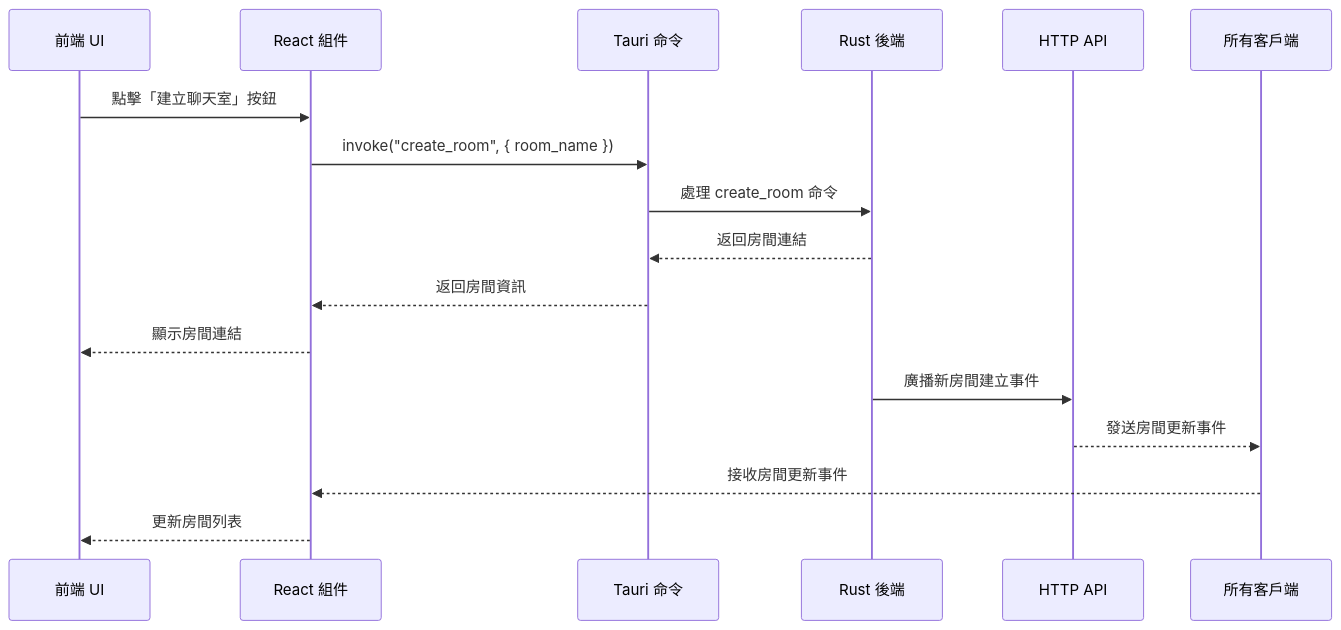
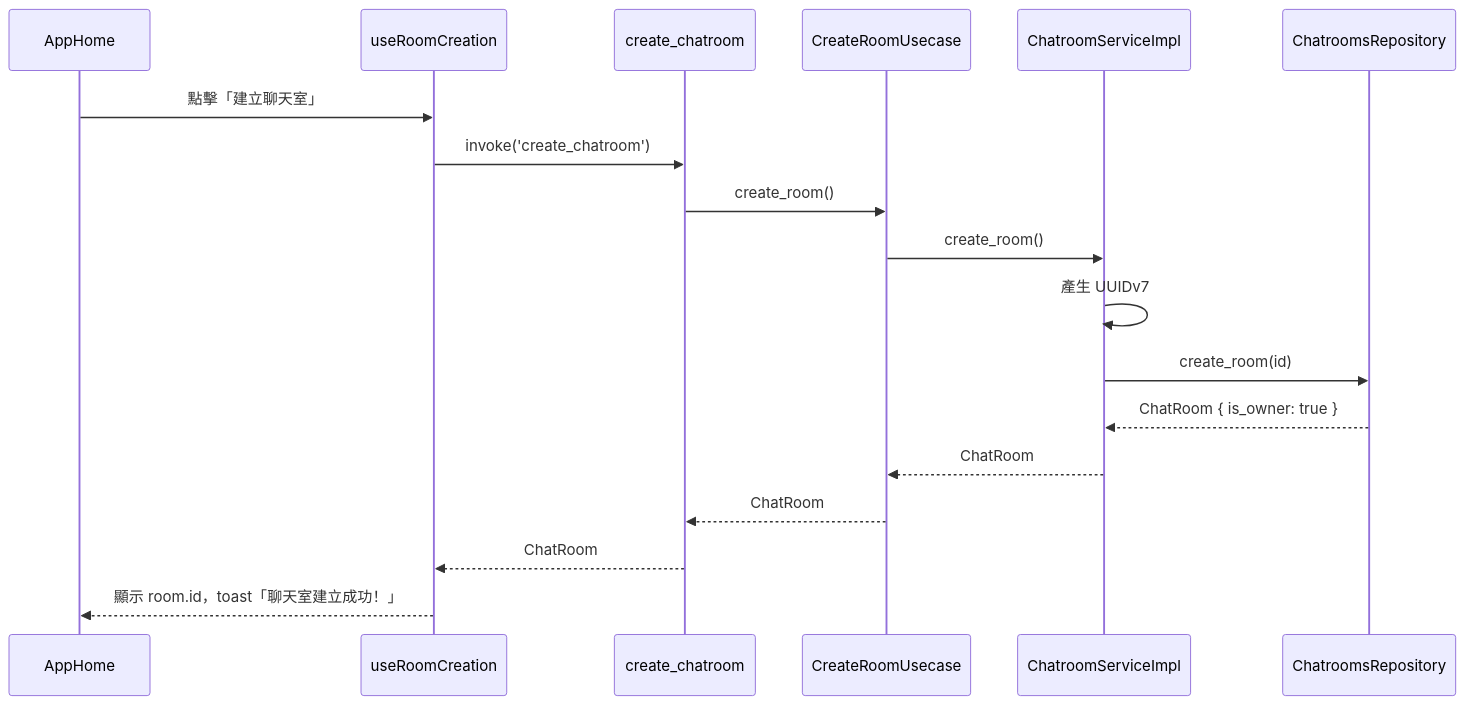
One commit to Gossip-Chitchat/Gossip changed the diagram in docs/events/create-room.md. Above: the diagram before and after it, drawn with Mermaid. The commit also changed other lines of this file and 6 other files, not shown here.

````diff
--- a/docs/events/create-room.md
+++ b/docs/events/create-room.md
@@ -9,20 +7,20 @@
 ```mermaid
 sequenceDiagram
-    participant UI as 前端 UI
-    participant React as React 組件
-    participant Tauri as Tauri 命令
-    participant Rust as Rust 後端
-    participant API as HTTP API
-    participant Clients as 所有客戶端
-
-    UI->>React: 點擊「建立聊天室」按鈕
-    React->>Tauri: invoke("create_room", { room_name })
-    Tauri->>Rust: 處理 create_room 命令
-    Rust-->>Tauri: 返回房間連結
-    Tauri-->>React: 返回房間資訊
-    React-->>UI: 顯示房間連結
-    Rust->>API: 廣播新房間建立事件
-    API-->>Clients: 發送房間更新事件
-    Clients-->>React: 接收房間更新事件
-    React-->>UI: 更新房間列表
+    participant UI as AppHome
+    participant Hook as useRoomCreation
+    participant Cmd as create_chatroom
+    participant UC as CreateRoomUsecase
+    participant Svc as ChatroomServiceImpl
+    participant Repo as ChatroomsRepository
+    UI->>Hook: 點擊「建立聊天室」
+    Hook->>Cmd: invoke('create_chatroom')
+    Cmd->>UC: create_room()
+    UC->>Svc: create_room()
+    Svc->>Svc: 產生 UUIDv7
+    Svc->>Repo: create_room(id)
+    Repo-->>Svc: ChatRoom { is_owner: true }
+    Svc-->>UC: ChatRoom
+    UC-->>Cmd: ChatRoom
+    Cmd-->>Hook: ChatRoom
+    Hook-->>UI: 顯示 room.id，toast「聊天室建立成功！」
 ```
````
